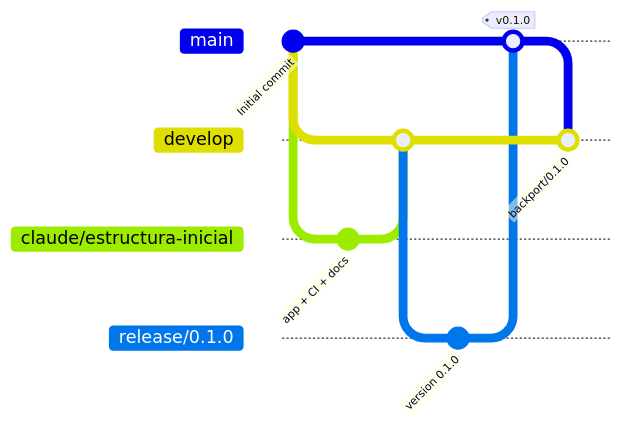
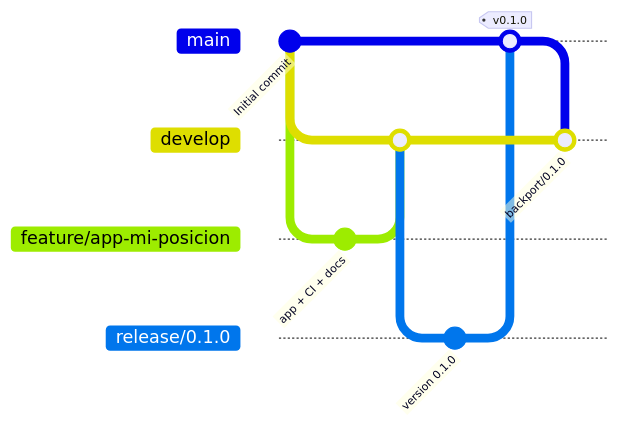
One commit to jhonjairo6230/my-car-possition changed the diagram in docs/flujo-de-trabajo.md. Above: the diagram before and after it, drawn with Mermaid. The commit also changed other lines of this file and 4 other files, not shown here.

First line of the commit message:
Git Flow sin excepciones: quitar las ramas claude/ del ADR 0002 y del CI

````diff
--- a/docs/flujo-de-trabajo.md
+++ b/docs/flujo-de-trabajo.md
@@ -21,18 +21,18 @@
 ```mermaid
 gitGraph
     commit id: "Initial commit"
     branch develop
     checkout develop
-    branch claude/estructura-inicial
-    checkout claude/estructura-inicial
+    branch feature/app-mi-posicion
+    checkout feature/app-mi-posicion
     commit id: "app + CI + docs"
     checkout develop
-    merge claude/estructura-inicial
+    merge feature/app-mi-posicion
     branch release/0.1.0
     checkout release/0.1.0
     commit id: "version 0.1.0"
     checkout main
     merge release/0.1.0 tag: "v0.1.0"
     checkout develop
     merge main id: "backport/0.1.0"
 ```
````
